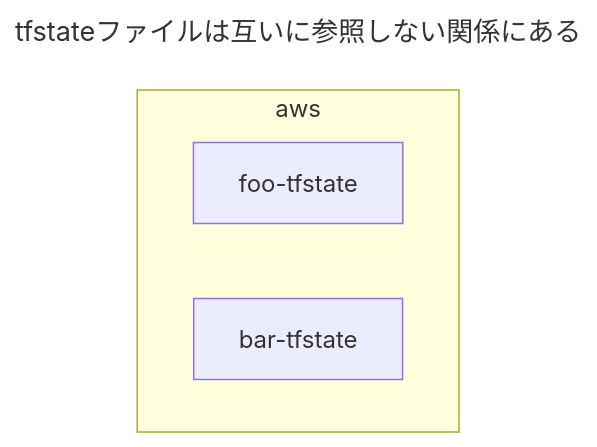
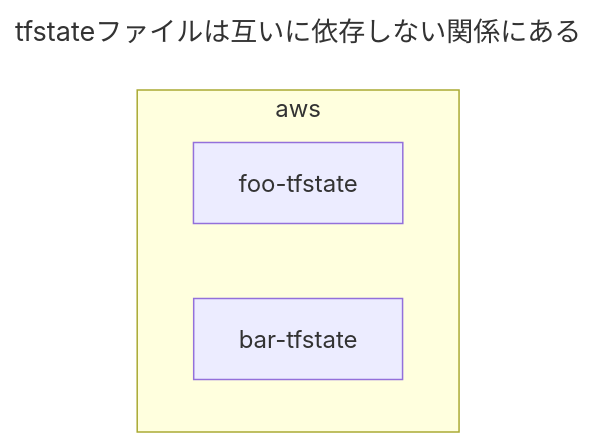
The first of 4 diagrams in dist/draft/Terraformのディレクトリ設計とtfstateファイルの分割戦略.md (hiroki-it/hatenablog), drawn with Mermaid before and after one commit. The commit also changed other lines of this file, not shown here.

````diff
--- a/dist/draft/Terraformのディレクトリ設計とtfstateファイルの分割戦略.md
+++ b/dist/draft/Terraformのディレクトリ設計とtfstateファイルの分割戦略.md
@@ -62,11 +62,11 @@
 ```mermaid
 ---
-title: tfstateファイルは互いに参照しない関係にある
+title: tfstateファイルは互いに依存しない関係にある
 ---
 %%{init:{'theme':'natural'}}%%
 flowchart TB
     subgraph aws
         Foo[foo-tfstate]
         Bar[bar-tfstate]
     end
 ```
````
